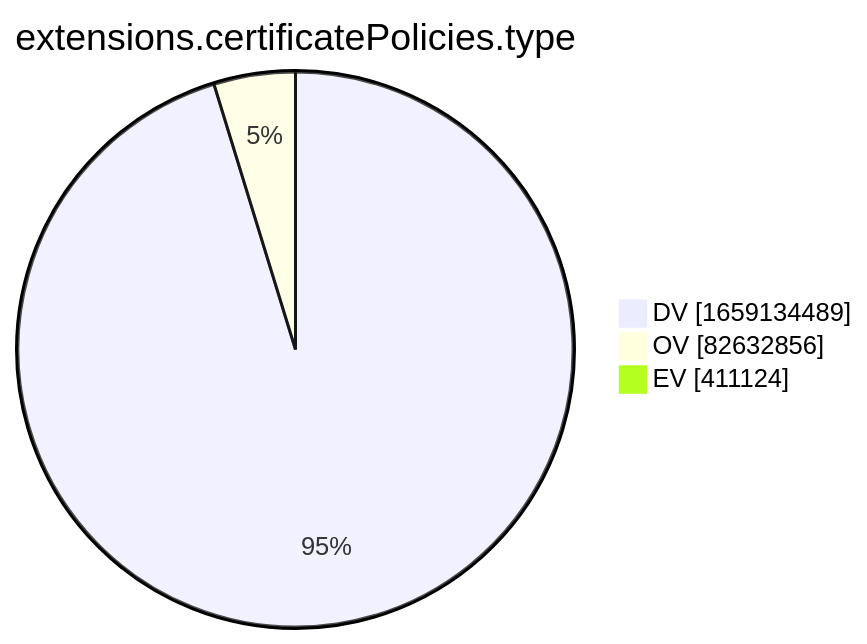
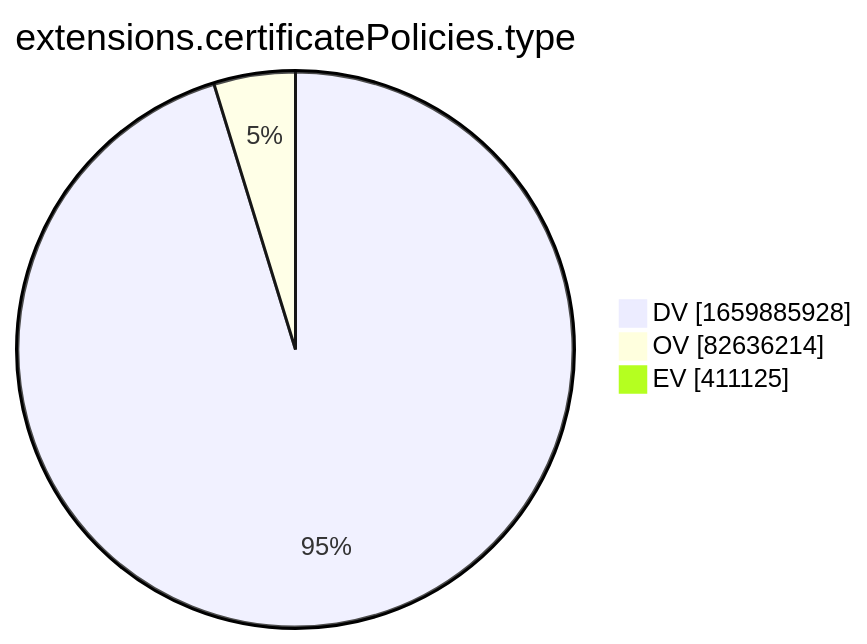
One commit to christiankrug/ctmonitor_visualization changed the tenth of 15 diagrams in xenon2022/README.md. Above: the diagram before and after it, drawn with Mermaid. The commit also changed other lines of this file, not shown here.

````diff
--- a/xenon2022/README.md
+++ b/xenon2022/README.md
@@ -2880,7 +2880,7 @@
 ```mermaid
 pie showData
 title extensions.certificatePolicies.type
-"DV" :1659134489
-"OV" :82632856
-"EV" :411124
+"DV" :1659885928
+"OV" :82636214
+"EV" :411125
 ```
````
